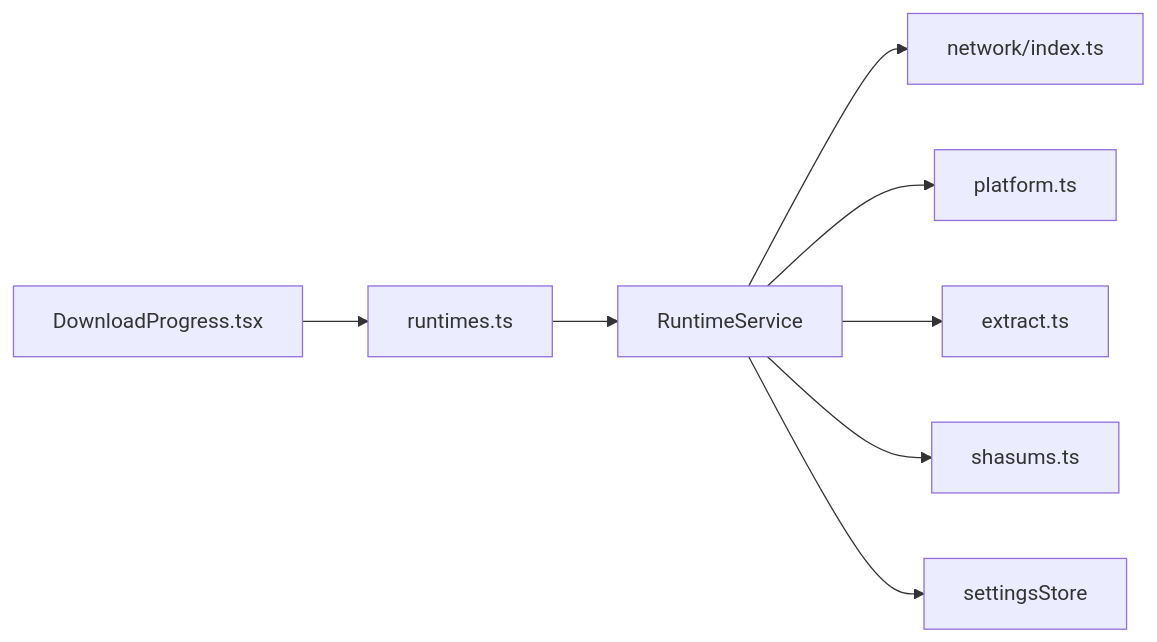
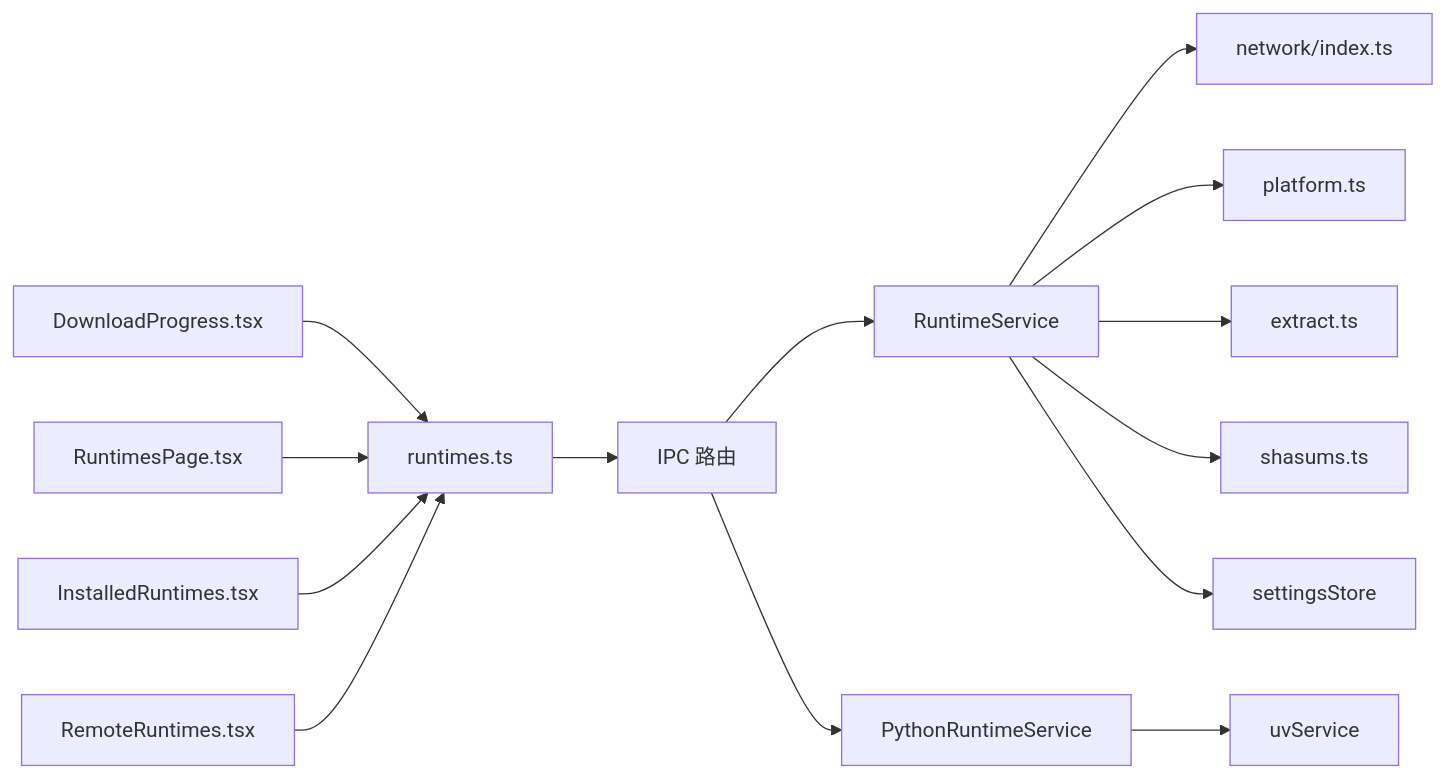
Diagram 13 of 13 in .qoder/repowiki/zh/content/核心服务层/Runtime 服务（运行时管理）.md (hozeeee/script-box), drawn with Mermaid before and after one commit. The commit also changed other lines of this file and 6 other files, not shown here.

First line of the commit message:
feat(runtime): 支持多运行时管理，新增 Python 运行时支持

````diff
--- a/.qoder/repowiki/zh/content/核心服务层/Runtime 服务（运行时管理）.md
+++ b/.qoder/repowiki/zh/content/核心服务层/Runtime 服务（运行时管理）.md
@@ -353,10 +515,16 @@
 ```mermaid
 graph LR
-RS["RuntimeService"] --> NET["network/index.ts"]
+IPC["IPC 路由"] --> RS["RuntimeService"]
+IPC --> PS["PythonRuntimeService"]
+RS --> NET["network/index.ts"]
 RS --> PL["platform.ts"]
 RS --> EX["extract.ts"]
 RS --> SH["shasums.ts"]
 RS --> ST["settingsStore"]
-STORE["runtimes.ts"] --> RS
+PS --> UV["uvService"]
+STORE["runtimes.ts"] --> IPC
 DP["DownloadProgress.tsx"] --> STORE
+RP["RuntimesPage.tsx"] --> STORE
+IR["InstalledRuntimes.tsx"] --> STORE
+RR["RemoteRuntimes.tsx"] --> STORE
 ```
````
